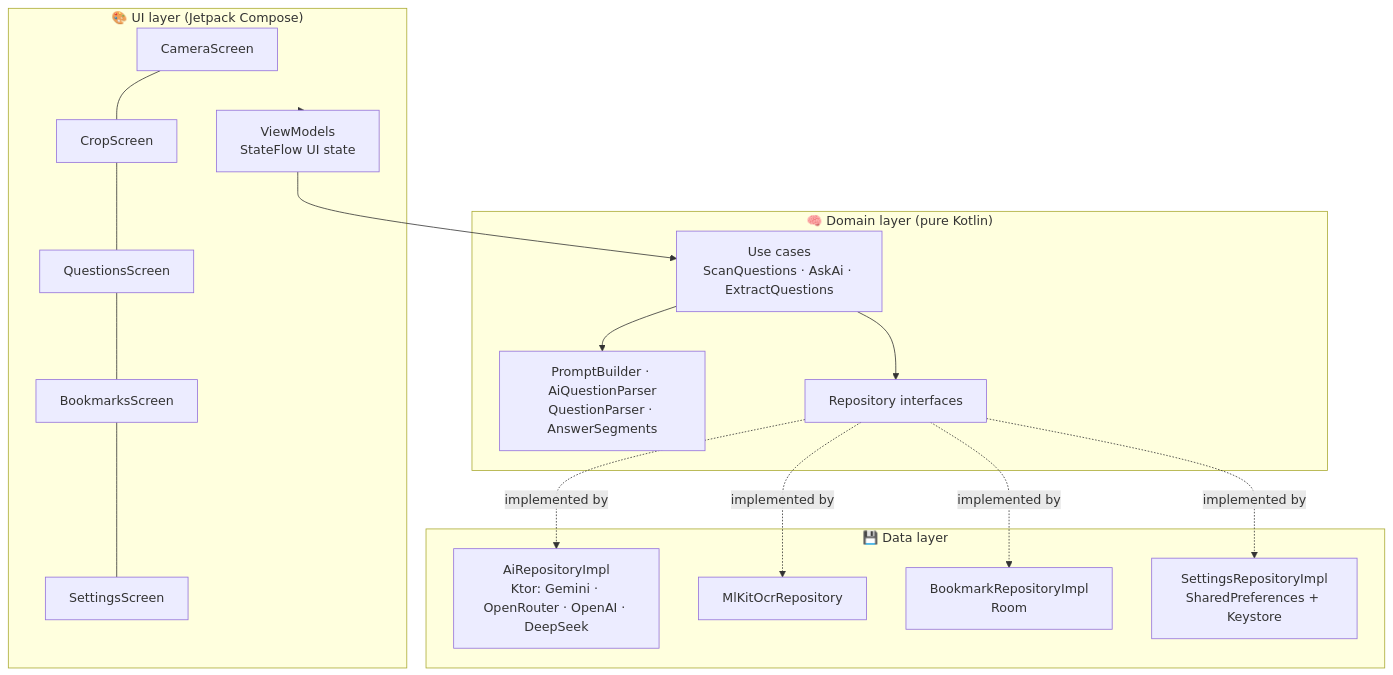
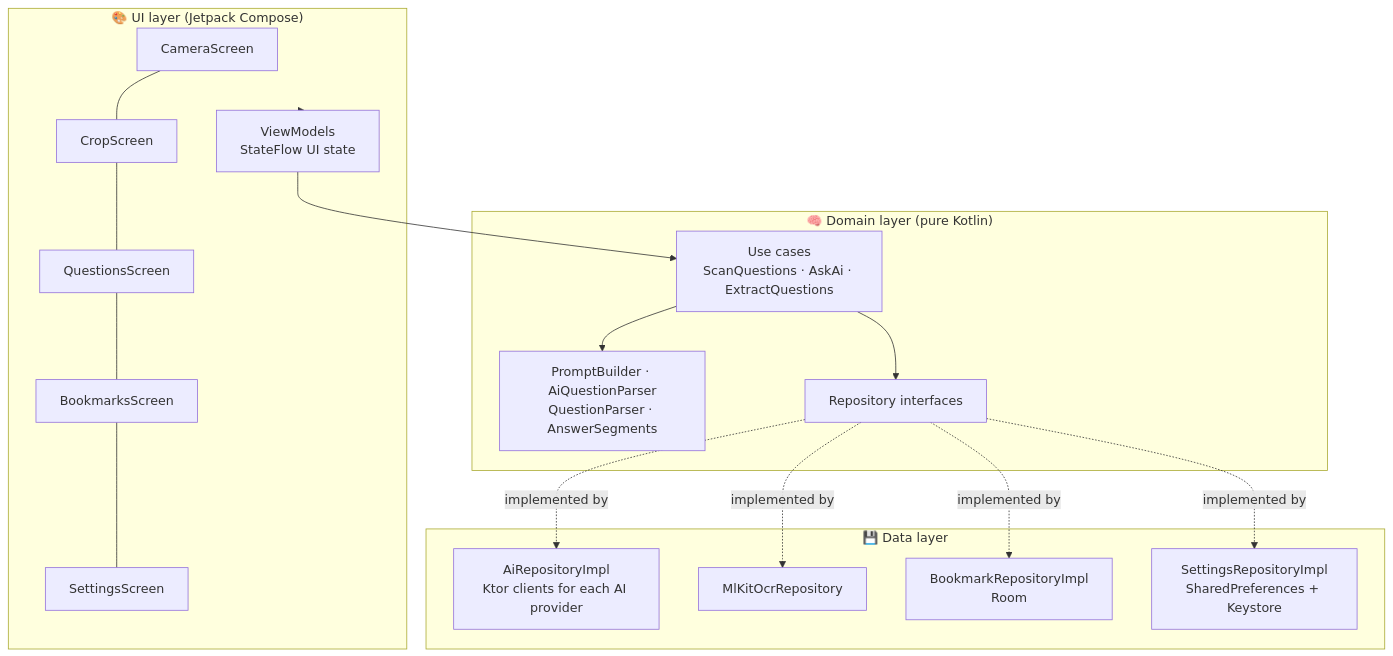
Before and after one commit to sbfrusho/AiStuddyBuddy: the first of 2 diagrams in README.md, drawn with Mermaid. The commit also changed other lines of this file, not shown here.

````diff
--- a/README.md
+++ b/README.md
@@ -109,21 +110,21 @@
 ```mermaid
 flowchart TB
     subgraph UI["🎨 UI layer (Jetpack Compose)"]
         S1[CameraScreen] --- S2[CropScreen] --- S3[QuestionsScreen] --- S4[BookmarksScreen] --- S5[SettingsScreen]
         VM[ViewModels<br/>StateFlow UI state]
     end
     subgraph Domain["🧠 Domain layer (pure Kotlin)"]
         UC[Use cases<br/>ScanQuestions · AskAi · ExtractQuestions]
         P[PromptBuilder · AiQuestionParser<br/>QuestionParser · AnswerSegments]
         RI[Repository interfaces]
     end
     subgraph Data["💾 Data layer"]
-        AI[AiRepositoryImpl<br/>Ktor: Gemini · OpenRouter · OpenAI · DeepSeek]
+        AI[AiRepositoryImpl<br/>Ktor clients for each AI provider]
         OCR[MlKitOcrRepository]
         DB[BookmarkRepositoryImpl<br/>Room]
         SET[SettingsRepositoryImpl<br/>SharedPreferences + Keystore]
     end
     UI --> VM --> UC --> RI
     UC --> P
     RI -.implemented by.-> AI & OCR & DB & SET
 ```
````
